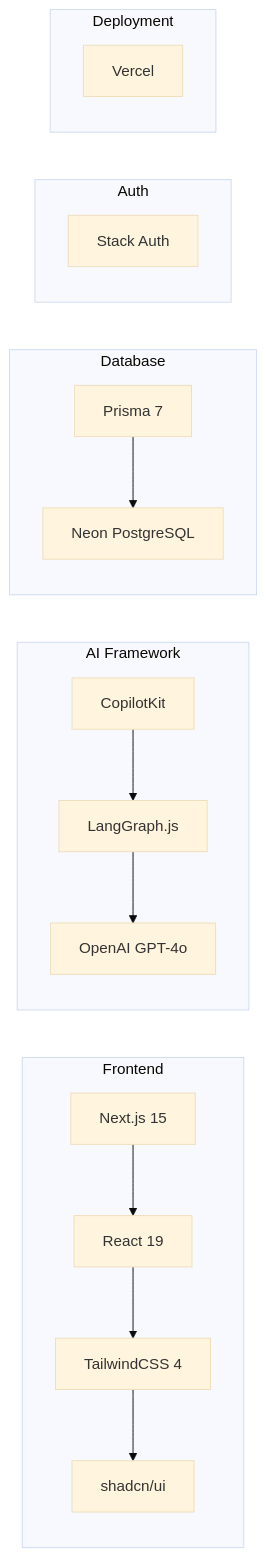
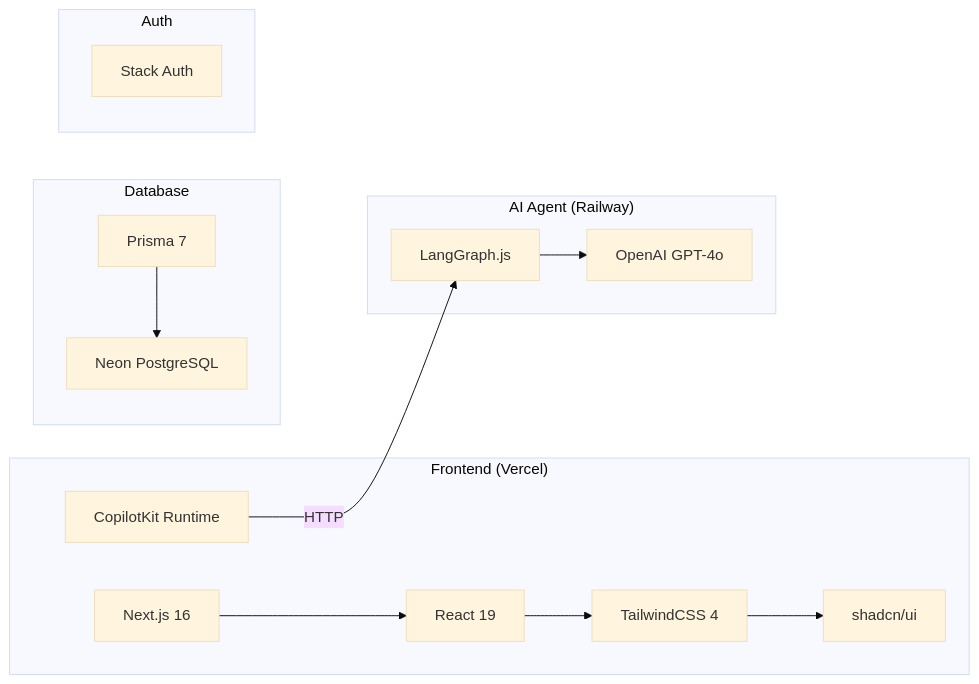
One commit to ChanMeng666/fanfic-lab changed the second of 6 diagrams in README.md. Above: the diagram before and after it, drawn with Mermaid (base theme). The commit also changed other lines of this file and 2 other files, not shown here.

First line of the commit message:
docs: update documentation for Vercel + Railway split deployment

````diff
--- a/README.md
+++ b/README.md
@@ -121,25 +121,23 @@
 ```mermaid
 graph LR
-    subgraph "Frontend"
-        A[Next.js 15] --> B[React 19]
+    subgraph "Frontend (Vercel)"
+        A[Next.js 16] --> B[React 19]
         B --> C[TailwindCSS 4]
         C --> D[shadcn/ui]
+        E[CopilotKit Runtime]
     end
 
-    subgraph "AI Framework"
-        E[CopilotKit] --> F[LangGraph.js]
-        F --> G[OpenAI GPT-4o]
+    subgraph "AI Agent (Railway)"
+        F[LangGraph.js] --> G[OpenAI GPT-4o]
     end
 
     subgraph "Database"
         H[Prisma 7] --> I[Neon PostgreSQL]
     end
 
     subgraph "Auth"
         J[Stack Auth]
     end
 
-    subgraph "Deployment"
-        K[Vercel]
-    end
+    E -->|HTTP| F
 ```
````
